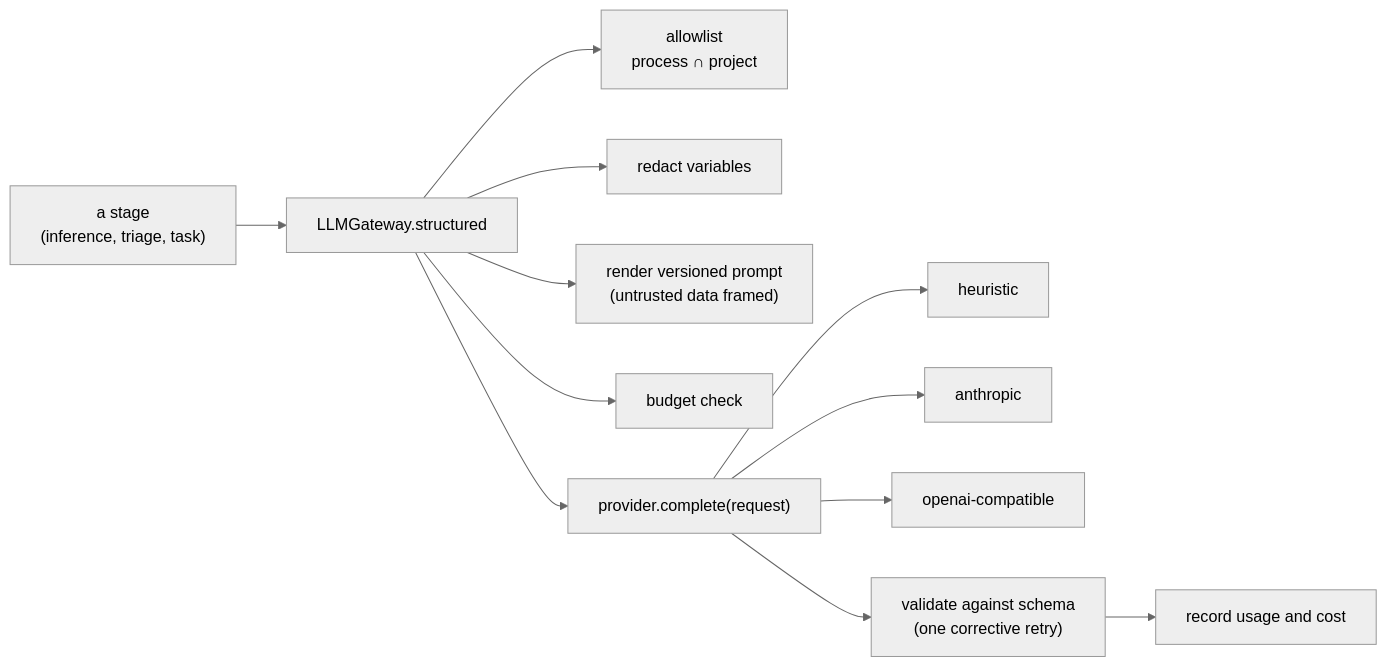
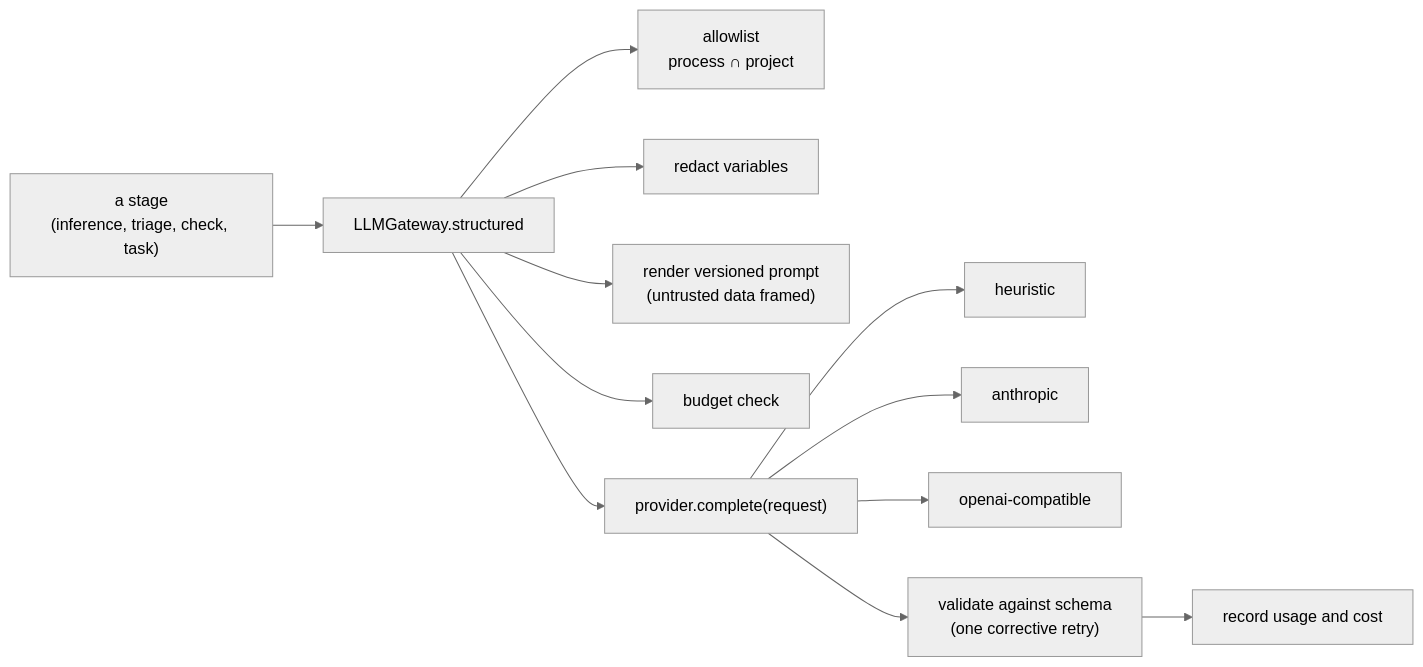
Before and after one commit to deadboyccc/Opsmith: the third of 3 diagrams in docs/development/architecture.md, drawn with Mermaid (neutral theme). The commit also changed other lines of this file and 22 other files, not shown here.

````diff
--- a/docs/development/architecture.md
+++ b/docs/development/architecture.md
@@ -136,14 +137,14 @@
 ```mermaid
 flowchart LR
-    ST["a stage<br/>(inference, triage, task)"] --> GW["LLMGateway.structured"]
+    ST["a stage<br/>(inference, triage, check, task)"] --> GW["LLMGateway.structured"]
     GW --> A1["allowlist<br/>process ∩ project"]
     GW --> A2["redact variables"]
     GW --> A3["render versioned prompt<br/>(untrusted data framed)"]
     GW --> A4["budget check"]
     GW --> P["provider.complete(request)"]
     P --> H["heuristic"]
     P --> AN["anthropic"]
     P --> OA["openai-compatible"]
     P --> V["validate against schema<br/>(one corrective retry)"]
     V --> U["record usage and cost"]
 ```
````
